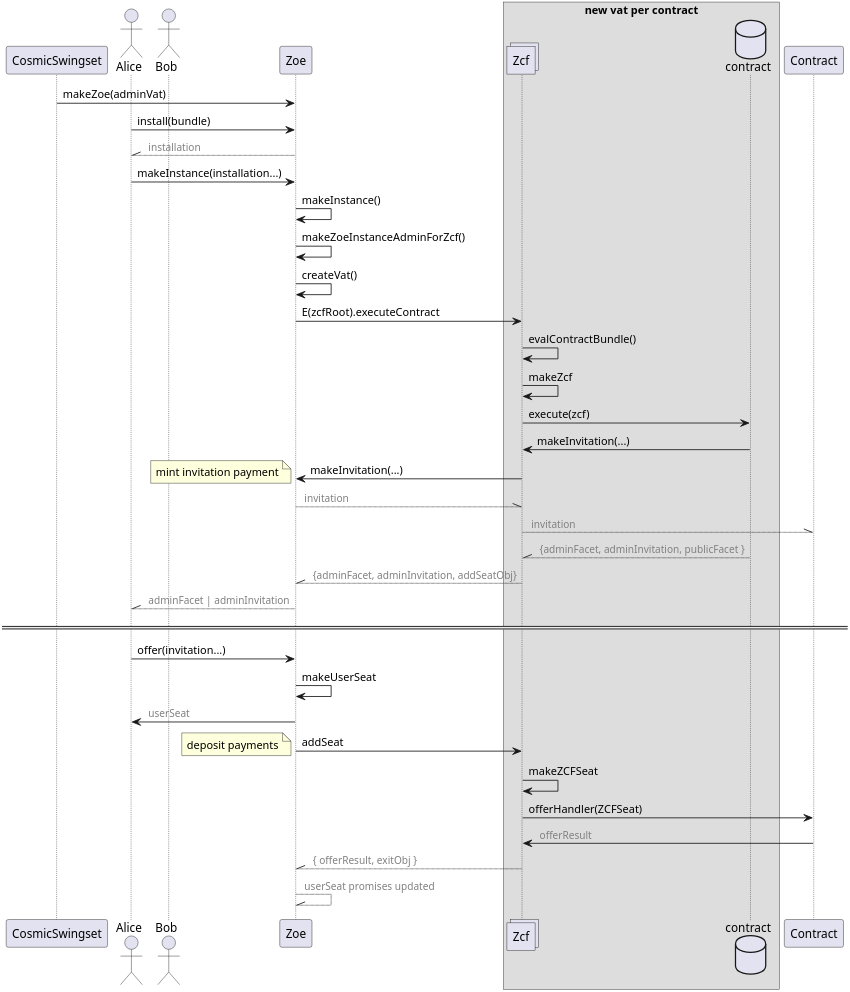
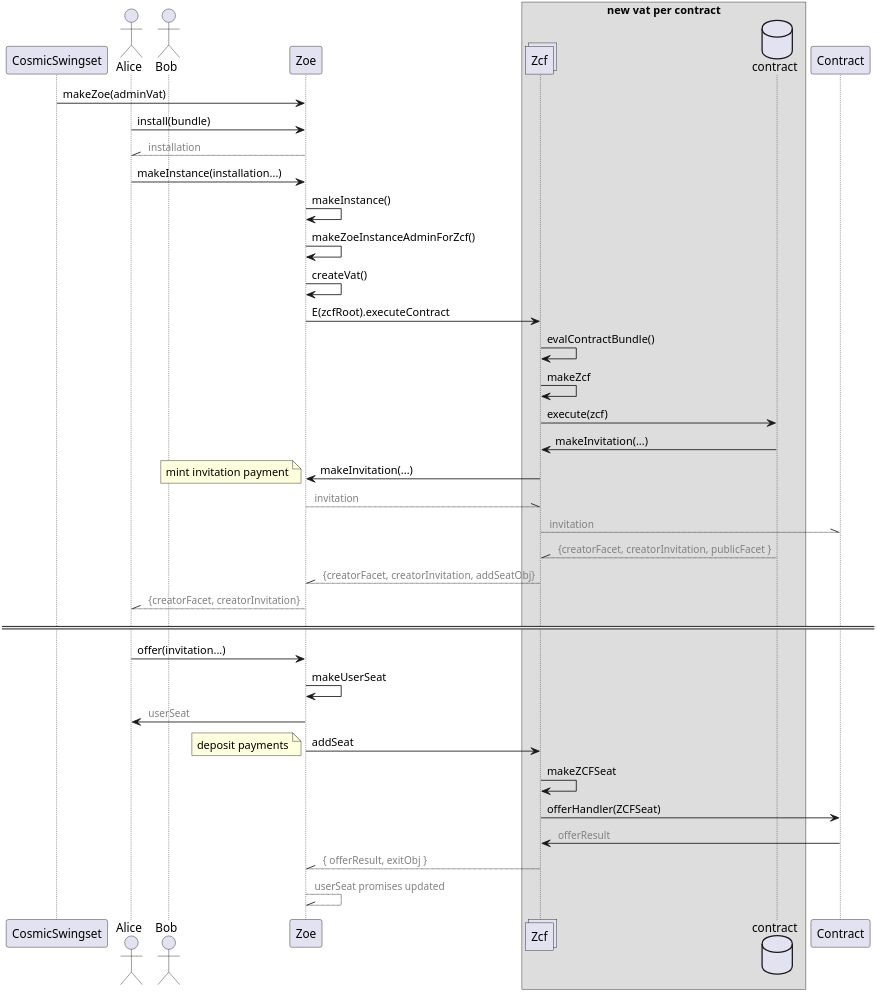
The diagram in packages/zoe/docs/zoe-zcf.puml (Agoric/agoric-sdk), drawn with PlantUML before and after one commit. The commit also changed 9 other files, not shown here.

Commit message:
refactor: creatorAdmin, creatorInvitation, more atomic swap tests

```diff
--- a/packages/zoe/docs/zoe-zcf.puml
+++ b/packages/zoe/docs/zoe-zcf.puml
@@ -2,51 +2,51 @@
 @startuml Zoe communication with Zcf
 scale 8
 
 participant CosmicSwingset
 actor Alice
 actor Bob
 participant Zoe
 box new vat per contract
 collections Zcf
 database contract
 end box
 
 CosmicSwingset -> Zoe : makeZoe(adminVat)
 Alice -> Zoe : install(bundle)
 Alice //-- Zoe : <font color=gray><size:12> installation
 Alice -> Zoe : makeInstance(installation...)
 Zoe -> Zoe : makeInstance()
 Zoe -> Zoe : makeZoeInstanceAdminForZcf()
 Zoe -> Zoe : createVat()
 Zoe -> Zcf : E(zcfRoot).executeContract
 Zcf -> Zcf : evalContractBundle()
 Zcf -> Zcf : makeZcf
 Zcf -> contract : execute(zcf)
 contract -> Zcf : makeInvitation(...)
 Zcf -> Zoe : makeInvitation(...)
 note left
 mint invitation payment
 end note
 Zoe --\\ Zcf : <font color=gray><size:12> invitation
 Zcf --\\ Contract : <font color=gray><size:12> invitation
-contract --\\ Zcf : <font color=gray><size:12> {adminFacet, adminInvitation, publicFacet }
-Zcf --\\ Zoe : <font color=gray><size:12> {adminFacet, adminInvitation, addSeatObj}
-Alice //-- Zoe : <font color=gray><size:12> adminFacet | adminInvitation
+contract --\\ Zcf : <font color=gray><size:12> {creatorFacet, creatorInvitation, publicFacet }
+Zcf --\\ Zoe : <font color=gray><size:12> {creatorFacet, creatorInvitation, addSeatObj}
+Alice //-- Zoe : <font color=gray><size:12> {creatorFacet, creatorInvitation}
 
 ====
 
 Alice -> Zoe : offer(invitation...)
 Zoe -> Zoe : makeUserSeat
 Zoe -> Alice : <font color=gray><size:12> userSeat
 Zoe -> Zcf : addSeat
 note left
 deposit payments
 end note
 Zcf -> Zcf : makeZCFSeat
 Zcf -> Contract : offerHandler(ZCFSeat)
 Contract -> Zcf : <font color=gray><size:12> offerResult
 Zcf --\\ Zoe : <font color=gray><size:12> { offerResult, exitObj }
 
 Zoe --\\ Zoe : <font color=gray><size:12> userSeat promises updated
 
 @enduml
```
